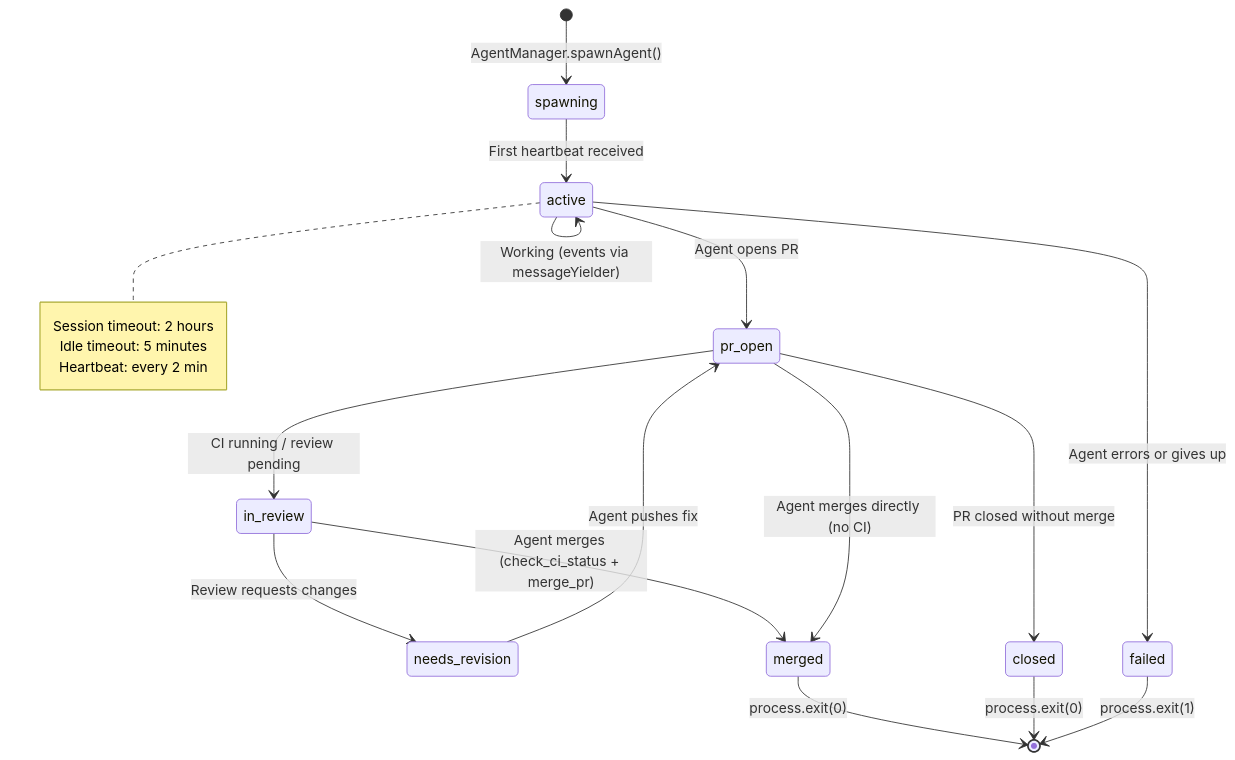
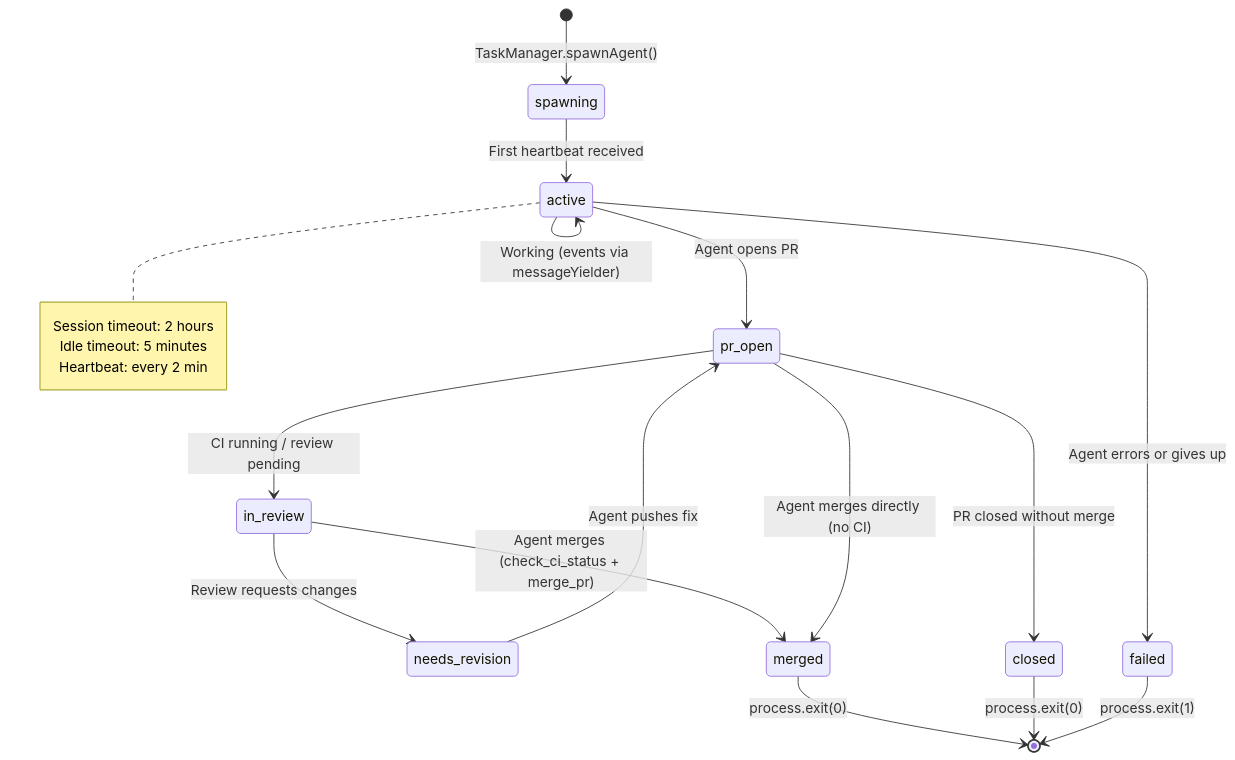
One commit to fryanpan/product-engineer changed the fourth of 8 diagrams in docs/architecture/architecture.md. Above: the diagram before and after it, drawn with Mermaid. The commit also changed other lines of this file and 34 other files, not shown here.

````diff
--- a/docs/architecture/architecture.md
+++ b/docs/architecture/architecture.md
@@ -250,27 +250,27 @@
 ```mermaid
 stateDiagram-v2
-    [*] --> spawning: AgentManager.spawnAgent()
+    [*] --> spawning: TaskManager.spawnAgent()
 
     spawning --> active: First heartbeat received
     active --> active: Working (events via messageYielder)
     active --> pr_open: Agent opens PR
 
     pr_open --> in_review: CI running / review pending
     in_review --> needs_revision: Review requests changes
     needs_revision --> pr_open: Agent pushes fix
     in_review --> merged: Agent merges (check_ci_status + merge_pr)
 
     pr_open --> merged: Agent merges directly (no CI)
     active --> failed: Agent errors or gives up
     pr_open --> closed: PR closed without merge
 
     merged --> [*]: process.exit(0)
     closed --> [*]: process.exit(0)
     failed --> [*]: process.exit(1)
 
     note right of active
         Session timeout: 2 hours
         Idle timeout: 5 minutes
         Heartbeat: every 2 min
     end note
 ```
````
